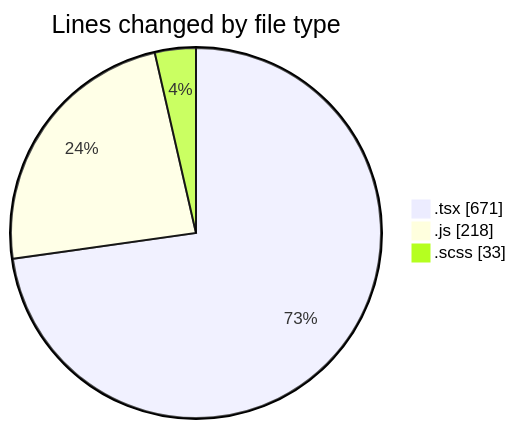
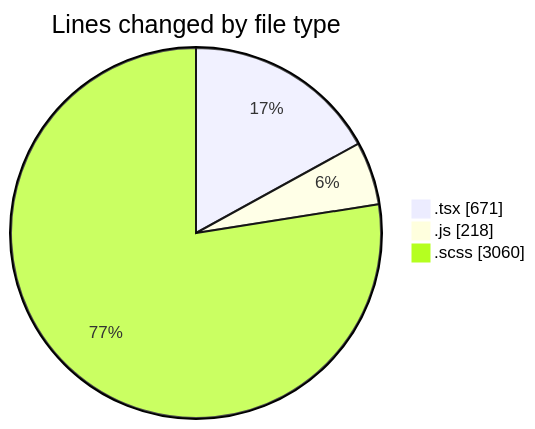
The first of 2 diagrams in 2026-01-22/cda-web-components/README.md (momahboobian/code-tracking), drawn with Mermaid before and after one commit. The commit also changed other lines of this file and 1 other file, not shown here.

````diff
--- a/2026-01-22/cda-web-components/README.md
+++ b/2026-01-22/cda-web-components/README.md
@@ -26,7 +53,7 @@
 ```mermaid
 pie showData
 title Lines changed by file type
 ".tsx" : 671
 ".js" : 218
-".scss" : 33
+".scss" : 3060
 ```
````
